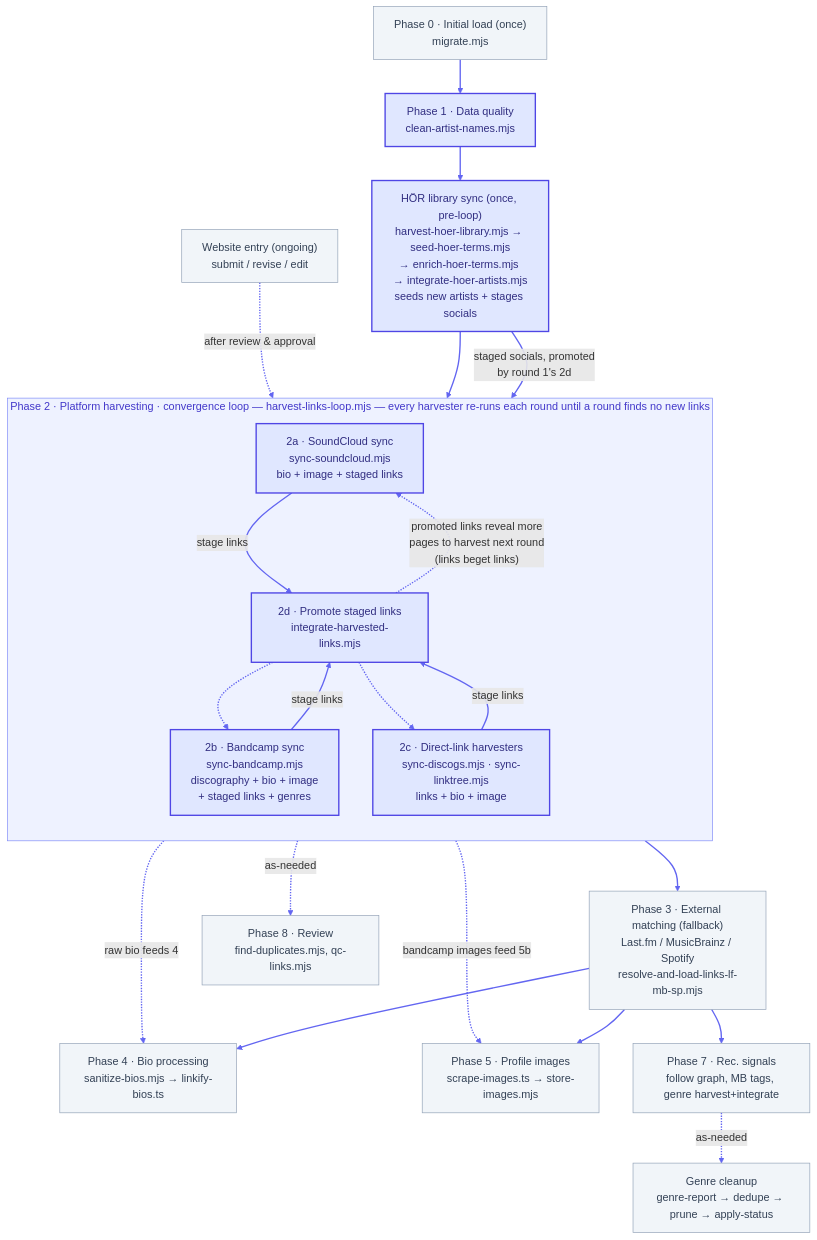
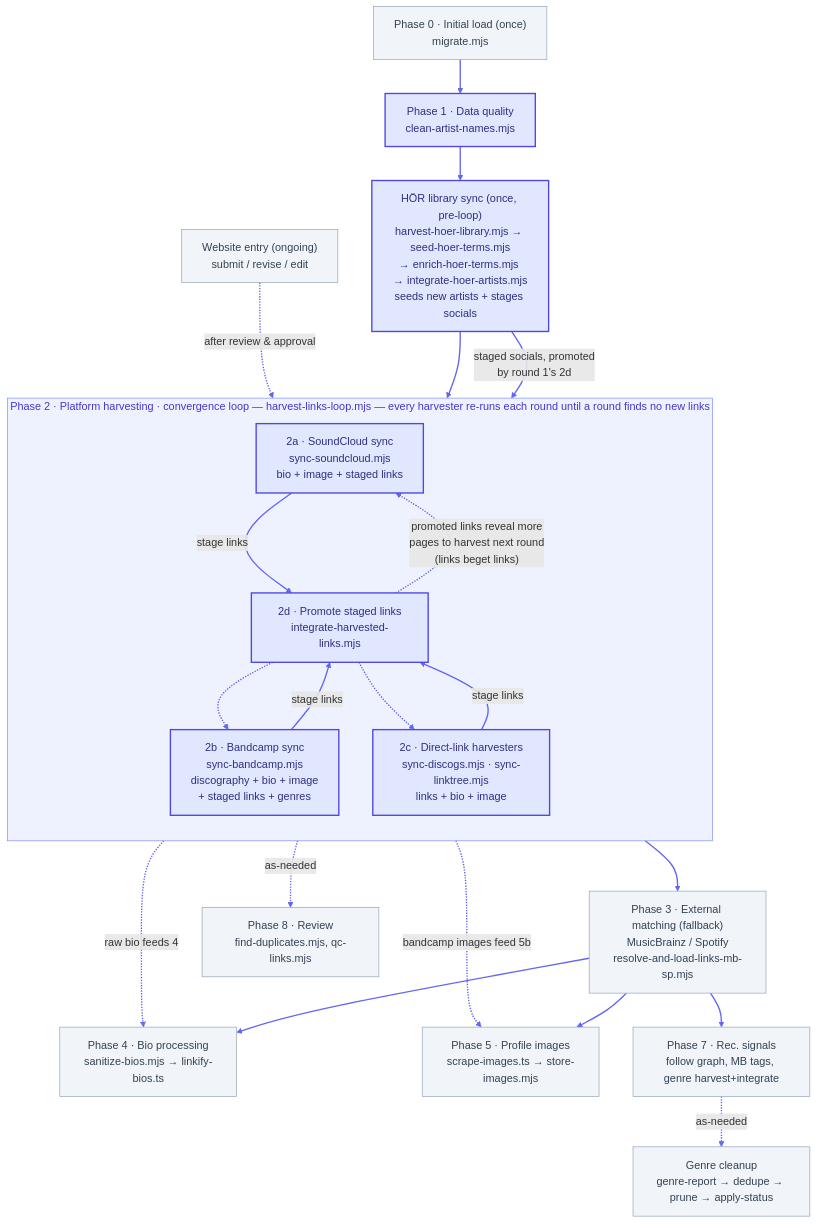
One commit to maisiebird2/rebalance-gender changed the diagram in scripts/PIPELINE.md. Above: the diagram before and after it, drawn with Mermaid. The commit also changed other lines of this file and 40 other files, not shown here.

````diff
--- a/scripts/PIPELINE.md
+++ b/scripts/PIPELINE.md
@@ -24,41 +24,41 @@
 ```mermaid
 flowchart TD
     P0["Phase 0 · Initial load (once)<br/>migrate.mjs"] --> P1
     P1["Phase 1 · Data quality<br/>clean-artist-names.mjs"] --> HOERLIB
     HOERLIB["HÖR library sync (once, pre-loop)<br/>harvest-hoer-library.mjs → seed-hoer-terms.mjs<br/>→ enrich-hoer-terms.mjs → integrate-hoer-artists.mjs<br/>seeds new artists + stages socials"] --> P2
     WEB["Website entry (ongoing)<br/>submit / revise / edit"] -. "after review &amp; approval" .-> P2
 
     subgraph P2 ["Phase 2 · Platform harvesting · convergence loop — harvest-links-loop.mjs — every harvester re-runs each round until a round finds no new links"]
         direction TB
         P2A["2a · SoundCloud sync<br/>sync-soundcloud.mjs<br/>bio + image + staged links"]
         P2B["2b · Bandcamp sync<br/>sync-bandcamp.mjs<br/>discography + bio + image<br/>+ staged links + genres"]
         P2C["2c · Direct-link harvesters<br/>sync-discogs.mjs · sync-linktree.mjs<br/>links + bio + image"]
         P2D["2d · Promote staged links<br/>integrate-harvested-links.mjs"]
         P2A -->|"stage links"| P2D
         P2B -->|"stage links"| P2D
         P2C -->|"stage links"| P2D
         P2D -. "promoted links reveal more<br/>pages to harvest next round<br/>(links beget links)" .-> P2A
         P2D -.-> P2B
         P2D -.-> P2C
     end
     HOERLIB -->|"staged socials, promoted<br/>by round 1's 2d"| P2D
 
     P2D --> P3
     P2A -. "raw bio feeds 4" .-> P4
     P2B -. "bandcamp images feed 5b" .-> P5
-    P3["Phase 3 · External matching (fallback)<br/>Last.fm / MusicBrainz / Spotify<br/>resolve-and-load-links-lf-mb-sp.mjs"] --> P4
+    P3["Phase 3 · External matching (fallback)<br/>MusicBrainz / Spotify<br/>resolve-and-load-links-mb-sp.mjs"] --> P4
     P3 --> P5
     P3 --> P7
     P4["Phase 4 · Bio processing<br/>sanitize-bios.mjs → linkify-bios.ts"]
     P5["Phase 5 · Profile images<br/>scrape-images.ts → store-images.mjs"]
     P7["Phase 7 · Rec. signals<br/>follow graph, MB tags, genre harvest+integrate"]
     P2D -. as-needed .-> P8["Phase 8 · Review<br/>find-duplicates.mjs, qc-links.mjs"]
     P7 -. as-needed .-> P8G["Genre cleanup<br/>genre-report → dedupe → prune → apply-status"]
 
     classDef orchestrated fill:#e0e7ff,stroke:#4f46e5,stroke-width:2px,color:#312e81;
     class P1,HOERLIB,P2A,P2B,P2C,P2D orchestrated;
     classDef normal fill:#f1f5f9,stroke:#94a3b8,stroke-width:1px,color:#334155;
     class P0,WEB,P3,P4,P5,P7,P8,P8G normal;
     style P2 fill:#eef2ff,stroke:#818cf8,stroke-width:1px,color:#4338ca;
     linkStyle default stroke:#6366f1,stroke-width:2px;
 ```
````
